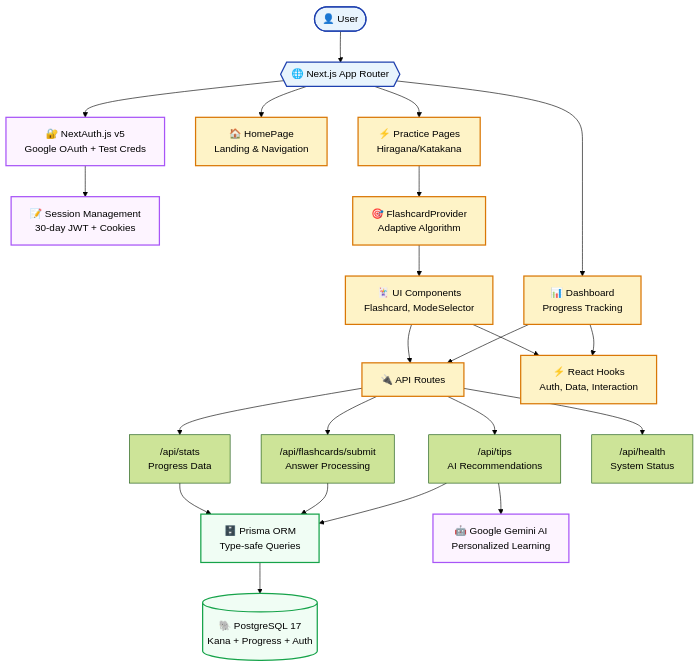
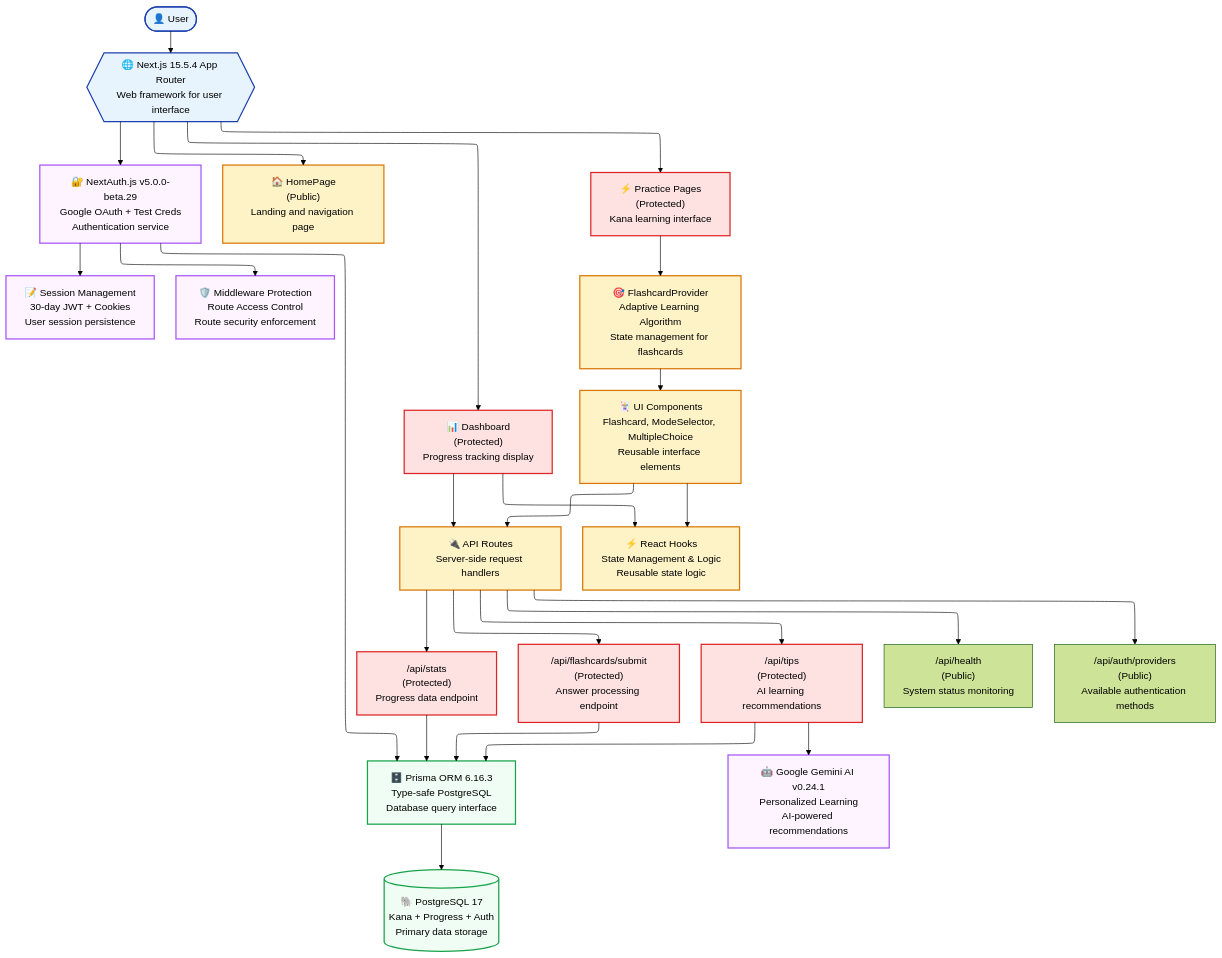
One commit to sakan811/SakuMari changed the diagram in docs/mermaid/system.mmd. Above: the diagram before and after it, drawn with Mermaid. The commit also changed 6 other files, not shown here.

Commit message:
docs: update architecture documentation and diagrams

```diff
--- a/docs/mermaid/system.mmd
+++ b/docs/mermaid/system.mmd
@@ -1,54 +1,59 @@
 ---
 config:
   theme: 'forest'
   defaultRenderer: "elk"
+  layout: elk
 ---
 flowchart TD
     %% User Interface Layer
-    User([👤 User]) --> Browser{{"🌐 Next.js App Router"}}
+    User([👤 User]) --> Browser{{"🌐 Next.js 15.5.4 App Router<br/>Web framework for user interface"}}
 
     %% Authentication Flow
-    Browser --> Auth["🔐 NextAuth.js v5<br/>Google OAuth + Test Creds"]
-    Auth --> Session["📝 Session Management<br/>30-day JWT + Cookies"]
+    Browser --> Auth["🔐 NextAuth.js v5.0.0-beta.29<br/>Google OAuth + Test Creds<br/>Authentication service"]
+    Auth --> Session["📝 Session Management<br/>30-day JWT + Cookies<br/>User session persistence"]
+    Auth --> Middleware["🛡️ Middleware Protection<br/>Route Access Control<br/>Route security enforcement"]
 
     %% Page Routes
-    Browser --> Home["🏠 HomePage<br/>Landing & Navigation"]
-    Browser --> Practice["⚡ Practice Pages<br/>Hiragana/Katakana"]
-    Browser --> Dashboard["📊 Dashboard<br/>Progress Tracking"]
+    Browser --> Home["🏠 HomePage<br/>(Public)<br/>Landing and navigation page"]
+    Browser --> Practice["⚡ Practice Pages<br/>(Protected)<br/>Kana learning interface"]
+    Browser --> Dashboard["📊 Dashboard<br/>(Protected)<br/>Progress tracking display"]
 
     %% React Context & State
-    Practice --> Provider["🎯 FlashcardProvider<br/>Adaptive Algorithm"]
-    Provider --> Components["🃏 UI Components<br/>Flashcard, ModeSelector"]
+    Practice --> Provider["🎯 FlashcardProvider<br/>Adaptive Learning Algorithm<br/>State management for flashcards"]
+    Provider --> Components["🃏 UI Components<br/>Flashcard, ModeSelector, MultipleChoice<br/>Reusable interface elements"]
 
     %% API Layer
-    Components --> API["🔌 API Routes"]
+    Components --> API["🔌 API Routes<br/>Server-side request handlers"]
     Dashboard --> API
-    API --> Stats["/api/stats<br/>Progress Data"]
-    API --> Submit["/api/flashcards/submit<br/>Answer Processing"]
-    API --> Tips["/api/tips<br/>AI Recommendations"]
-    API --> Health["/api/health<br/>System Status"]
+    API --> Stats["/api/stats<br/>(Protected)<br/>Progress data endpoint"]
+    API --> Submit["/api/flashcards/submit<br/>(Protected)<br/>Answer processing endpoint"]
+    API --> Tips["/api/tips<br/>(Protected)<br/>AI learning recommendations"]
+    API --> Health["/api/health<br/>(Public)<br/>System status monitoring"]
+    API --> AuthProviders["/api/auth/providers<br/>(Public)<br/>Available authentication methods"]
 
     %% Data Layer
-    Stats --> Prisma["🗄️ Prisma ORM<br/>Type-safe Queries"]
+    Stats --> Prisma["🗄️ Prisma ORM 6.16.3<br/>Type-safe PostgreSQL<br/>Database query interface"]
     Submit --> Prisma
     Tips --> Prisma
-    Prisma --> DB[(🐘 PostgreSQL 17<br/>Kana + Progress + Auth)]
+    Auth --> Prisma
+    Prisma --> DB[(🐘 PostgreSQL 17<br/>Kana + Progress + Auth<br/>Primary data storage)]
 
     %% AI Integration
-    Tips --> Gemini["🤖 Google Gemini AI<br/>Personalized Learning"]
-
+    Tips --> Gemini["🤖 Google Gemini AI v0.24.1<br/>Personalized Learning<br/>AI-powered recommendations"]
 
     %% Custom Hooks
-    Components --> Hooks["⚡ React Hooks<br/>Auth, Data, Interaction"]
+    Components --> Hooks["⚡ React Hooks<br/>State Management & Logic<br/>Reusable state logic"]
     Dashboard --> Hooks
 
     %% Styling
     classDef userLayer fill:#e8f4fd,stroke:#1e40af,stroke-width:2px
     classDef appLayer fill:#fef3c7,stroke:#d97706,stroke-width:2px
     classDef dataLayer fill:#f0fdf4,stroke:#16a34a,stroke-width:2px
     classDef aiLayer fill:#fdf4ff,stroke:#a855f7,stroke-width:2px
+    classDef protectedRoute fill:#fee2e2,stroke:#dc2626,stroke-width:2px
 
     class User,Browser userLayer
     class Home,Practice,Dashboard,Provider,Components,API,Hooks appLayer
     class Prisma,DB dataLayer
-    class Auth,Session,Gemini aiLayer
+    class Auth,Session,Gemini,Middleware aiLayer
+    class Practice,Dashboard,Stats,Submit,Tips protectedRoute
```
